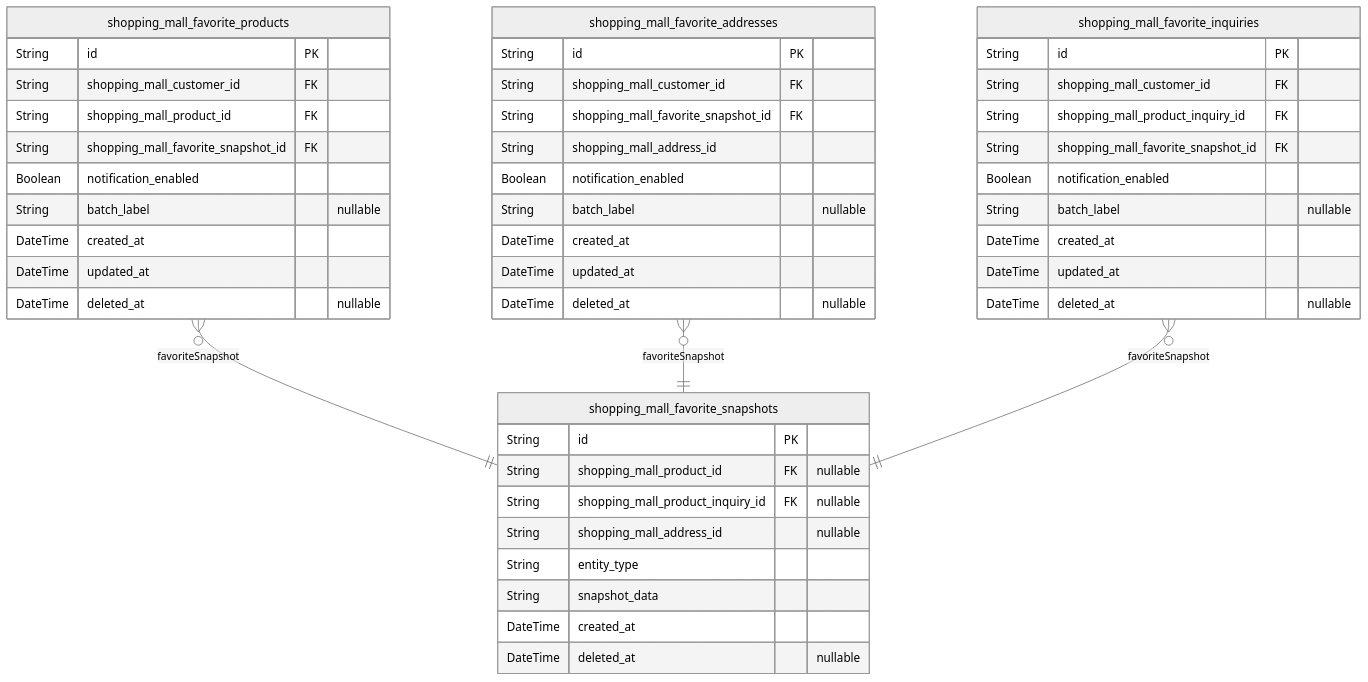
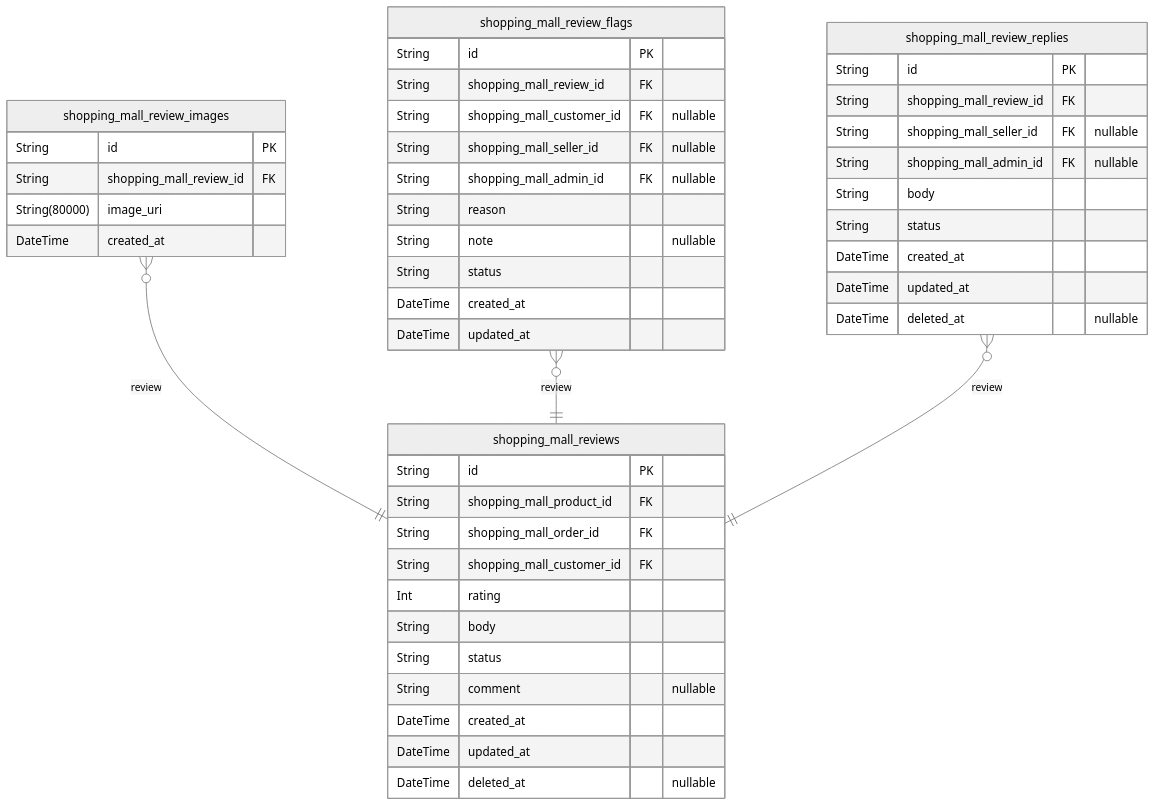
One commit to wrtnlabs/autobe-example-shopping-openai-gpt-4.1 changed the sixth of 9 diagrams in docs/ERD.md. Above: the diagram before and after it, drawn with Mermaid (neutral theme). The commit also changed other lines of this file and 1867 other files, not shown here.

````diff
--- a/docs/ERD.md
+++ b/docs/ERD.md
@@ -2270,49 +1243,48 @@
 ```mermaid
 erDiagram
-"shopping_mall_favorite_products" {
+"shopping_mall_reviews" {
   String id PK
+  String shopping_mall_product_id FK
+  String shopping_mall_order_id FK
   String shopping_mall_customer_id FK
-  String shopping_mall_product_id FK
-  String shopping_mall_favorite_snapshot_id FK
-  Boolean notification_enabled
-  String batch_label "nullable"
+  Int rating
+  String body
+  String status
+  String comment "nullable"
   DateTime created_at
   DateTime updated_at
   DateTime deleted_at "nullable"
 }
-"shopping_mall_favorite_addresses" {
+"shopping_mall_review_images" {
   String id PK
-  String shopping_mall_customer_id FK
-  String shopping_mall_favorite_snapshot_id FK
-  String shopping_mall_address_id
-  Boolean notification_enabled
-  String batch_label "nullable"
+  String shopping_mall_review_id FK
+  String(80000) image_uri
+  DateTime created_at
+}
+"shopping_mall_review_flags" {
+  String id PK
+  String shopping_mall_review_id FK
+  String shopping_mall_customer_id FK "nullable"
+  String shopping_mall_seller_id FK "nullable"
+  String shopping_mall_admin_id FK "nullable"
+  String reason
+  String note "nullable"
+  String status
+  DateTime created_at
+  DateTime updated_at
+}
+"shopping_mall_review_replies" {
+  String id PK
+  String shopping_mall_review_id FK
+  String shopping_mall_seller_id FK "nullable"
+  String shopping_mall_admin_id FK "nullable"
+  String body
+  String status
   DateTime created_at
   DateTime updated_at
   DateTime deleted_at "nullable"
 }
-"shopping_mall_favorite_inquiries" {
-  String id PK
-  String shopping_mall_customer_id FK
-  String shopping_mall_product_inquiry_id FK
-  String shopping_mall_favorite_snapshot_id FK
-  Boolean notification_enabled
-  String batch_label "nullable"
-  DateTime created_at
-  DateTime updated_at
-  DateTime deleted_at "nullable"
-}
-"shopping_mall_favorite_snapshots" {
-  String id PK
-  String shopping_mall_product_id FK "nullable"
-  String shopping_mall_product_inquiry_id FK "nullable"
-  String shopping_mall_address_id "nullable"
-  String entity_type
-  String snapshot_data
-  DateTime created_at
-  DateTime deleted_at "nullable"
-}
-"shopping_mall_favorite_products" }o--|| "shopping_mall_favorite_snapshots" : favoriteSnapshot
-"shopping_mall_favorite_addresses" }o--|| "shopping_mall_favorite_snapshots" : favoriteSnapshot
-"shopping_mall_favorite_inquiries" }o--|| "shopping_mall_favorite_snapshots" : favoriteSnapshot
+"shopping_mall_review_images" }o--|| "shopping_mall_reviews" : review
+"shopping_mall_review_flags" }o--|| "shopping_mall_reviews" : review
+"shopping_mall_review_replies" }o--|| "shopping_mall_reviews" : review
 ```
````
